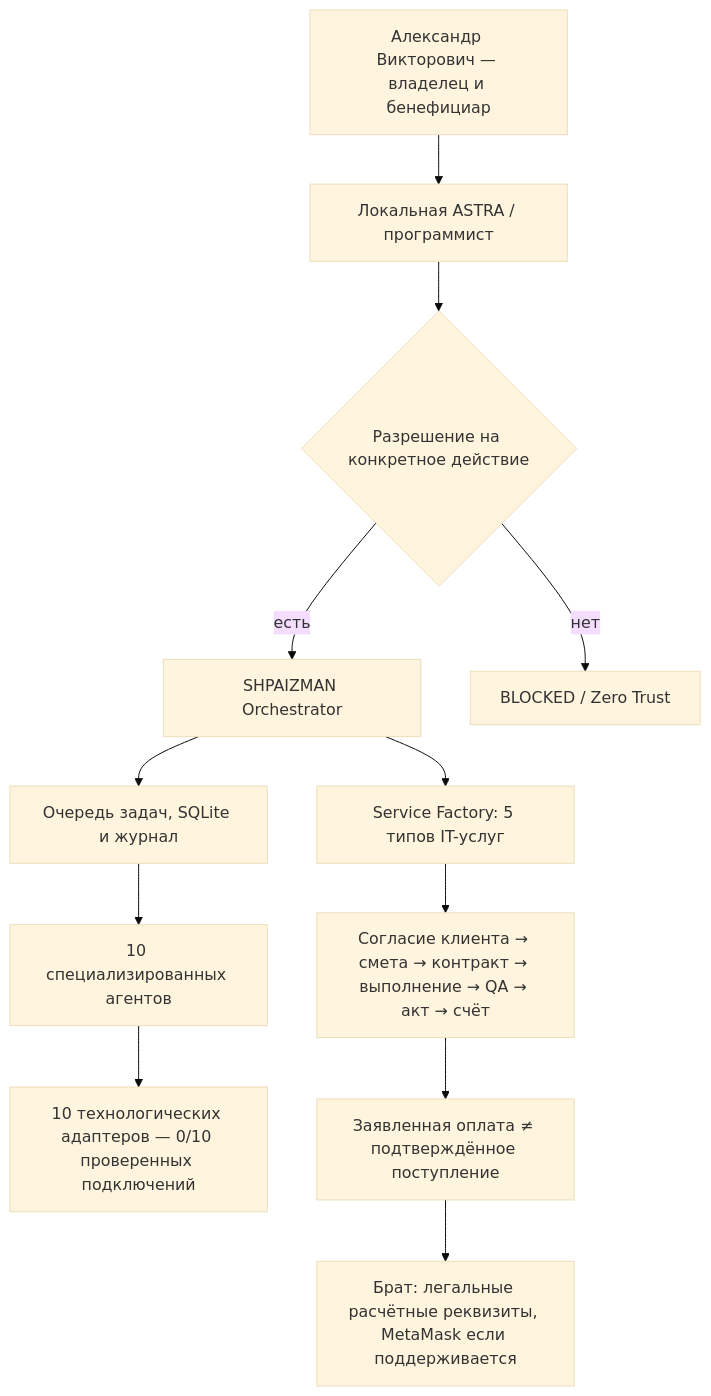
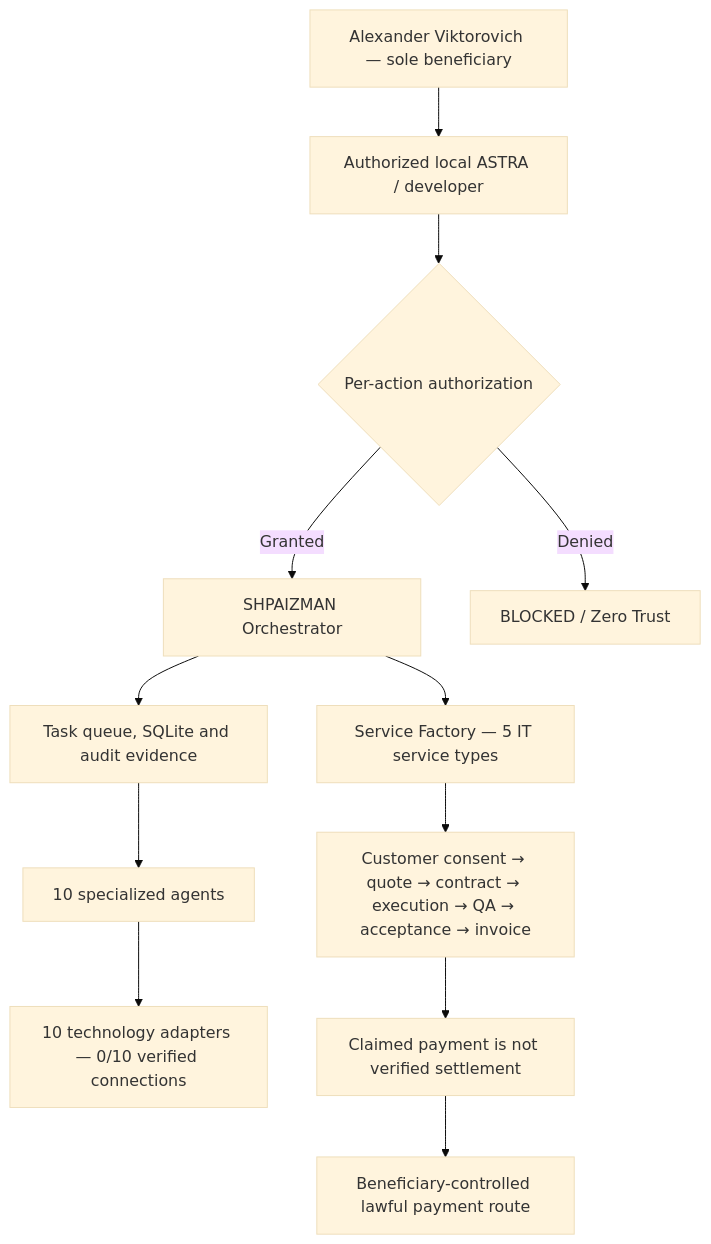
Before and after one commit to oromaskevic23-cmd/SHPAIZMAN-ORCHESTRATOR: the diagram in docs/PRESENTATION_RU.md, drawn with Mermaid (base theme). The commit also changed other lines of this file, not shown here.

Commit message:
docs(shpaizman): translate Windows handover and acceptance records to English

````diff
--- a/docs/PRESENTATION_RU.md
+++ b/docs/PRESENTATION_RU.md
@@ -11,14 +13,14 @@
 ```mermaid
 flowchart TD
-    B["Александр Викторович — владелец и бенефициар"] --> A["Локальная ASTRA / программист"]
-    A --> P{"Разрешение на конкретное действие"}
-    P -->|есть| O["SHPAIZMAN Orchestrator"]
-    P -->|нет| X["BLOCKED / Zero Trust"]
-    O --> Q["Очередь задач, SQLite и журнал"]
-    Q --> G["10 специализированных агентов"]
-    G --> S["10 технологических адаптеров — 0/10 проверенных подключений"]
-    O --> F["Service Factory: 5 типов IT-услуг"]
-    F --> K["Согласие клиента → смета → контракт → выполнение → QA → акт → счёт"]
-    K --> L["Заявленная оплата ≠ подтверждённое поступление"]
-    L --> M["Брат: легальные расчётные реквизиты, MetaMask если поддерживается"]
+    B["Alexander Viktorovich — sole beneficiary"] --> A["Authorized local ASTRA / developer"]
+    A --> P{"Per-action authorization"}
+    P -->|Granted| O["SHPAIZMAN Orchestrator"]
+    P -->|Denied| X["BLOCKED / Zero Trust"]
+    O --> Q["Task queue, SQLite and audit evidence"]
+    Q --> G["10 specialized agents"]
+    G --> S["10 technology adapters — 0/10 verified connections"]
+    O --> F["Service Factory — 5 IT service types"]
+    F --> K["Customer consent → quote → contract → execution → QA → acceptance → invoice"]
+    K --> L["Claimed payment is not verified settlement"]
+    L --> M["Beneficiary-controlled lawful payment route"]
 ```
````
